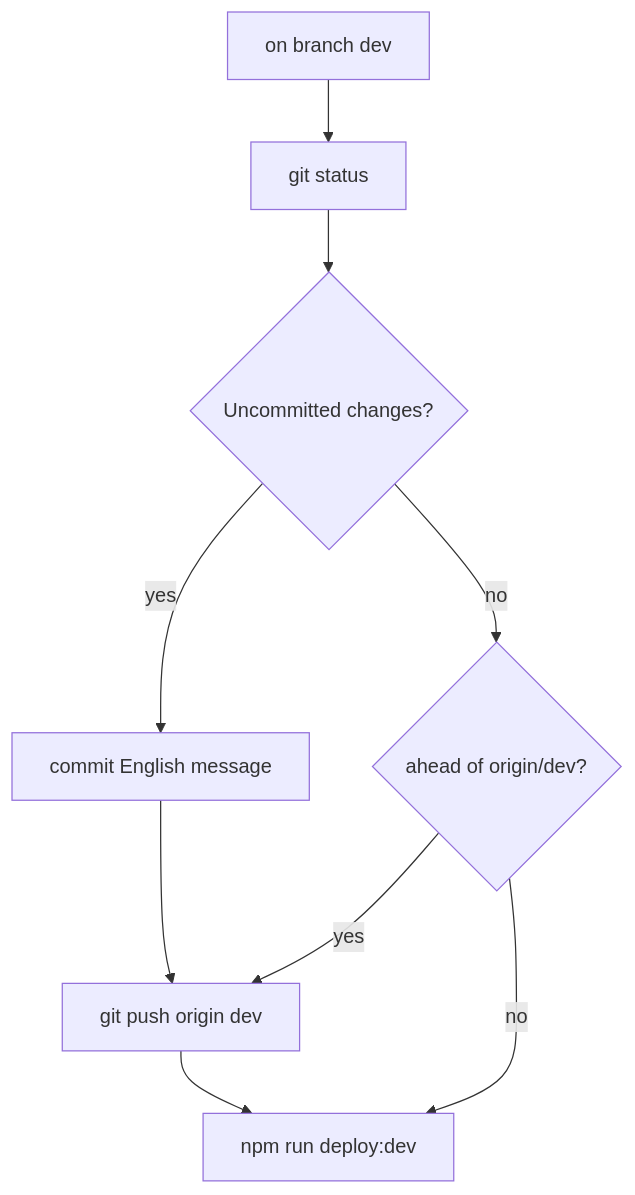
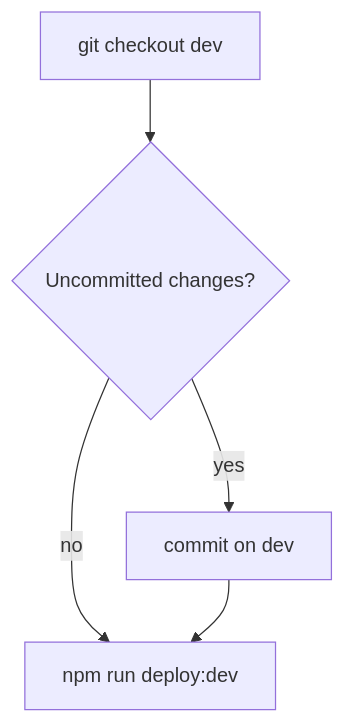
Before and after one commit to irynaBilousSPDev/deAtaCennik: the diagram in .cursor/commands/deploy-dev.md, drawn with Mermaid. The commit also changed other lines of this file and 8 other files, not shown here.

First line of the commit message:
Split deploy workflows: fast dev SFTP and prod via main.

````diff
--- a/.cursor/commands/deploy-dev.md
+++ b/.cursor/commands/deploy-dev.md
@@ -16,11 +14,7 @@
 ```mermaid
 flowchart TD
-  A[on branch dev] --> B[git status]
-  B --> C{Uncommitted changes?}
-  C -->|yes| D[commit English message]
-  C -->|no| E{ahead of origin/dev?}
-  D --> F[git push origin dev]
-  E -->|yes| F
-  E -->|no| G[npm run deploy:dev]
-  F --> G
+  A[git checkout dev] --> B{Uncommitted changes?}
+  B -->|yes| C[commit on dev]
+  B -->|no| D[npm run deploy:dev]
+  C --> D
 ```
````
